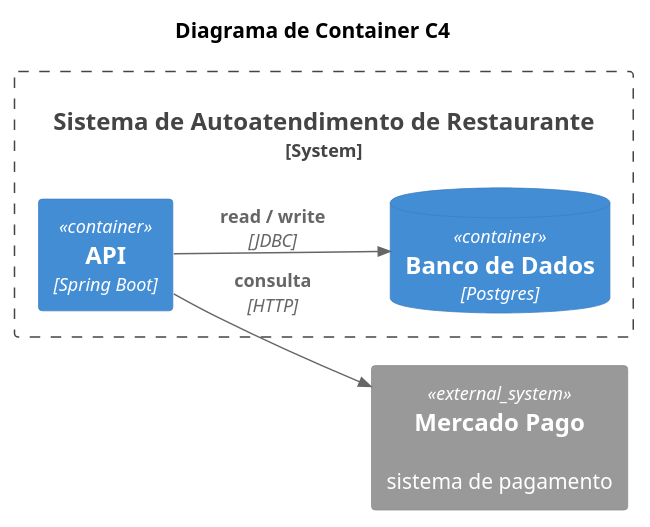
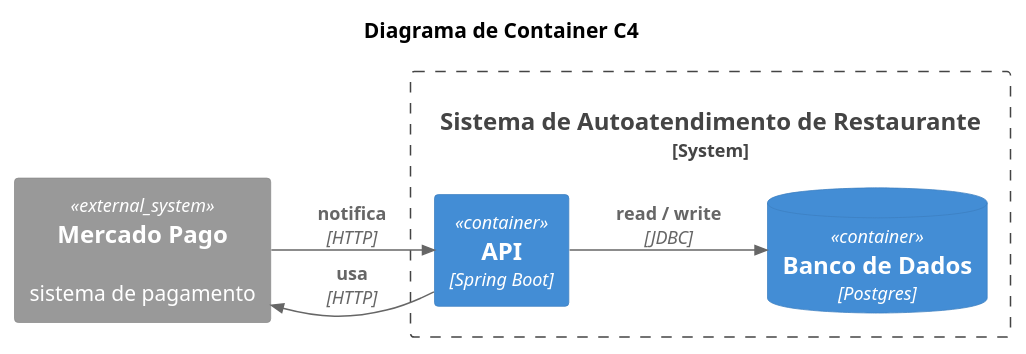
Before and after one commit to FIAP-3SOAT-G15/tech-challenge: the diagram in docs/puml/container.puml, drawn with PlantUML. The commit also changed 15 other files, not shown here.

```diff
--- a/docs/puml/container.puml
+++ b/docs/puml/container.puml
@@ -1,18 +1,19 @@
 @startuml
 !include https://raw.githubusercontent.com/plantuml-stdlib/C4-PlantUML/master/C4_Container.puml
 
 LAYOUT_LEFT_RIGHT()
 
 title Diagrama de Container C4
 
 System_Boundary(self_order_system, "Sistema de Autoatendimento de Restaurante") {
     Container(api, "API", "Spring Boot")
     ContainerDb(db, "Banco de Dados", "Postgres")
 }
 
 System_Ext(payment_system, "Mercado Pago", "sistema de pagamento")
 
 Rel(api, db, "read / write", "JDBC")
-Rel(api, payment_system, "consulta", "HTTP")
+Rel(api, payment_system, "usa", "HTTP")
+Rel(payment_system, api, "notifica", "HTTP")
 
 @enduml
```
